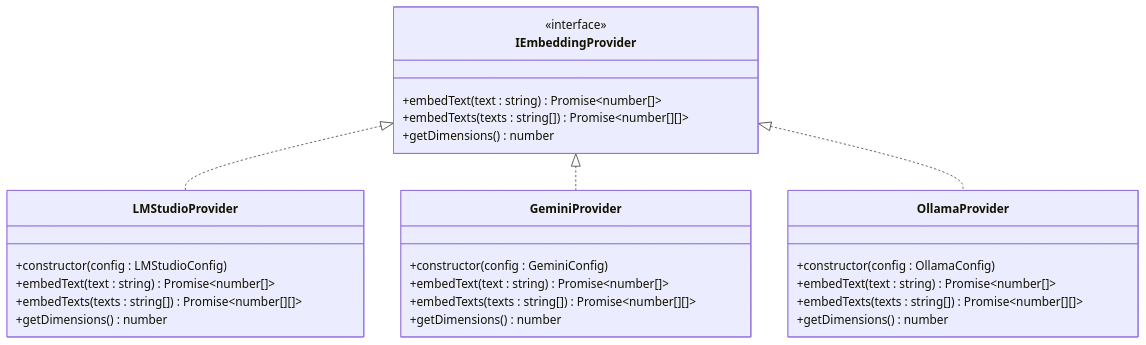
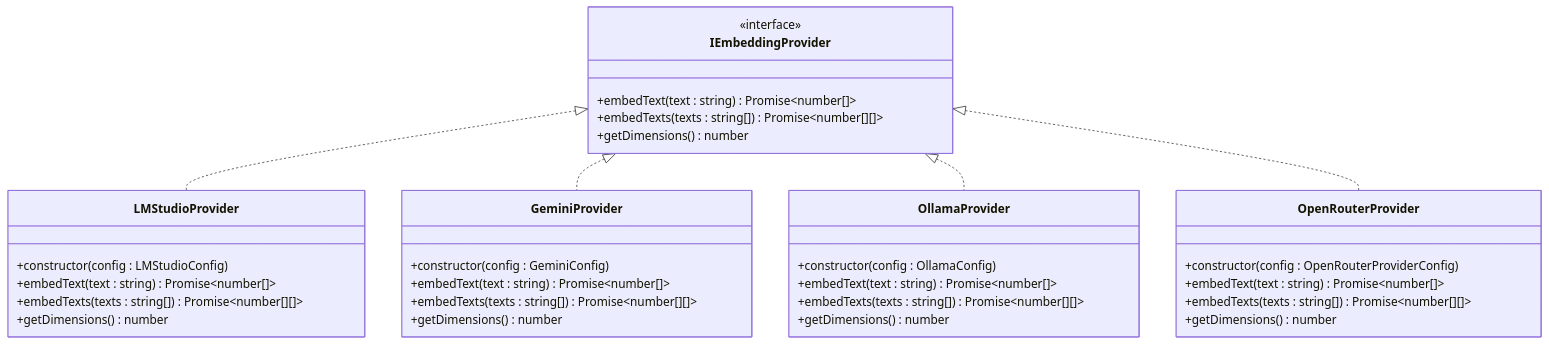
The ninth of 11 diagrams in .qoder/repowiki/en/content/Storage System/Provider Patterns and Integration.md (bramburn/repomix-runner), drawn with Mermaid before and after one commit. The commit also changed other lines of this file and 14 other files, not shown here.

````diff
--- a/.qoder/repowiki/en/content/Storage System/Provider Patterns and Integration.md
+++ b/.qoder/repowiki/en/content/Storage System/Provider Patterns and Integration.md
@@ -395,30 +411,37 @@
 ```mermaid
 classDiagram
 class IEmbeddingProvider {
 <<interface>>
 +embedText(text : string) Promise~number[]~
 +embedTexts(texts : string[]) Promise~number[][]~
 +getDimensions() number
 }
 class LMStudioProvider {
 +constructor(config : LMStudioConfig)
 +embedText(text : string) Promise~number[]~
 +embedTexts(texts : string[]) Promise~number[][]~
 +getDimensions() number
 }
 class GeminiProvider {
 +constructor(config : GeminiConfig)
 +embedText(text : string) Promise~number[]~
 +embedTexts(texts : string[]) Promise~number[][]~
 +getDimensions() number
 }
 class OllamaProvider {
 +constructor(config : OllamaConfig)
 +embedText(text : string) Promise~number[]~
 +embedTexts(texts : string[]) Promise~number[][]~
 +getDimensions() number
 }
+class OpenRouterProvider {
++constructor(config : OpenRouterProviderConfig)
++embedText(text : string) Promise~number[]~
++embedTexts(texts : string[]) Promise~number[][]~
++getDimensions() number
+}
 IEmbeddingProvider <|.. LMStudioProvider
 IEmbeddingProvider <|.. GeminiProvider
 IEmbeddingProvider <|.. OllamaProvider
+IEmbeddingProvider <|.. OpenRouterProvider
 ```
````
